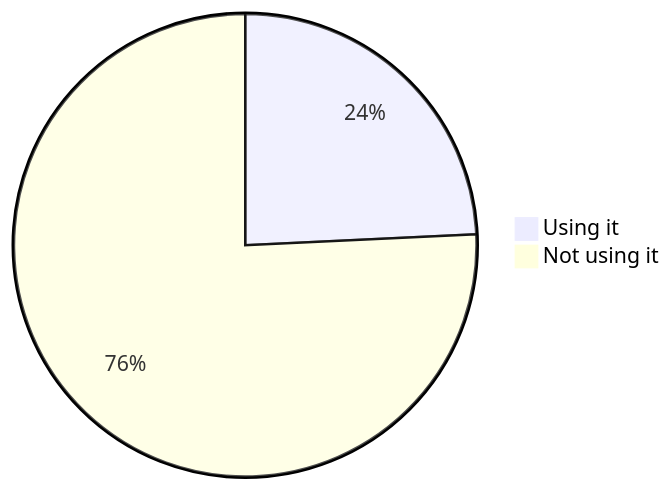
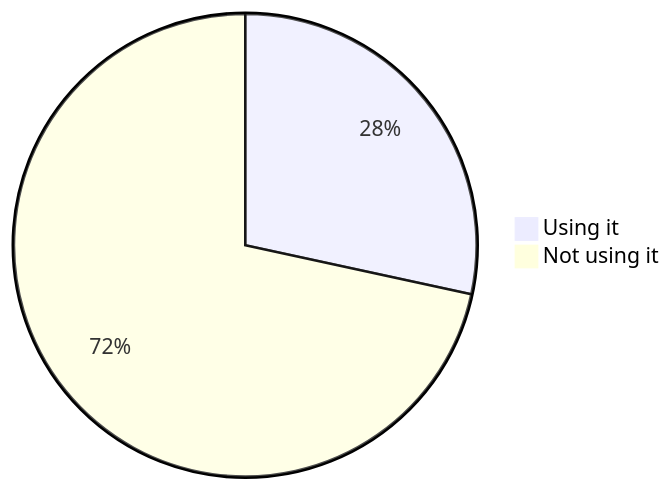
Before and after one commit to oshp/oshp-stats: diagram 14 of 22 in stats.md, drawn with Mermaid. The commit also changed other lines of this file, not shown here.

````diff
--- a/stats.md
+++ b/stats.md
@@ -166,6 +166,6 @@
 ```mermaid
 pie
-	"Using it" : 24.25
-	"Not using it" : 75.75
+	"Using it" : 28.4
+	"Not using it" : 71.6
 
 ```
````
